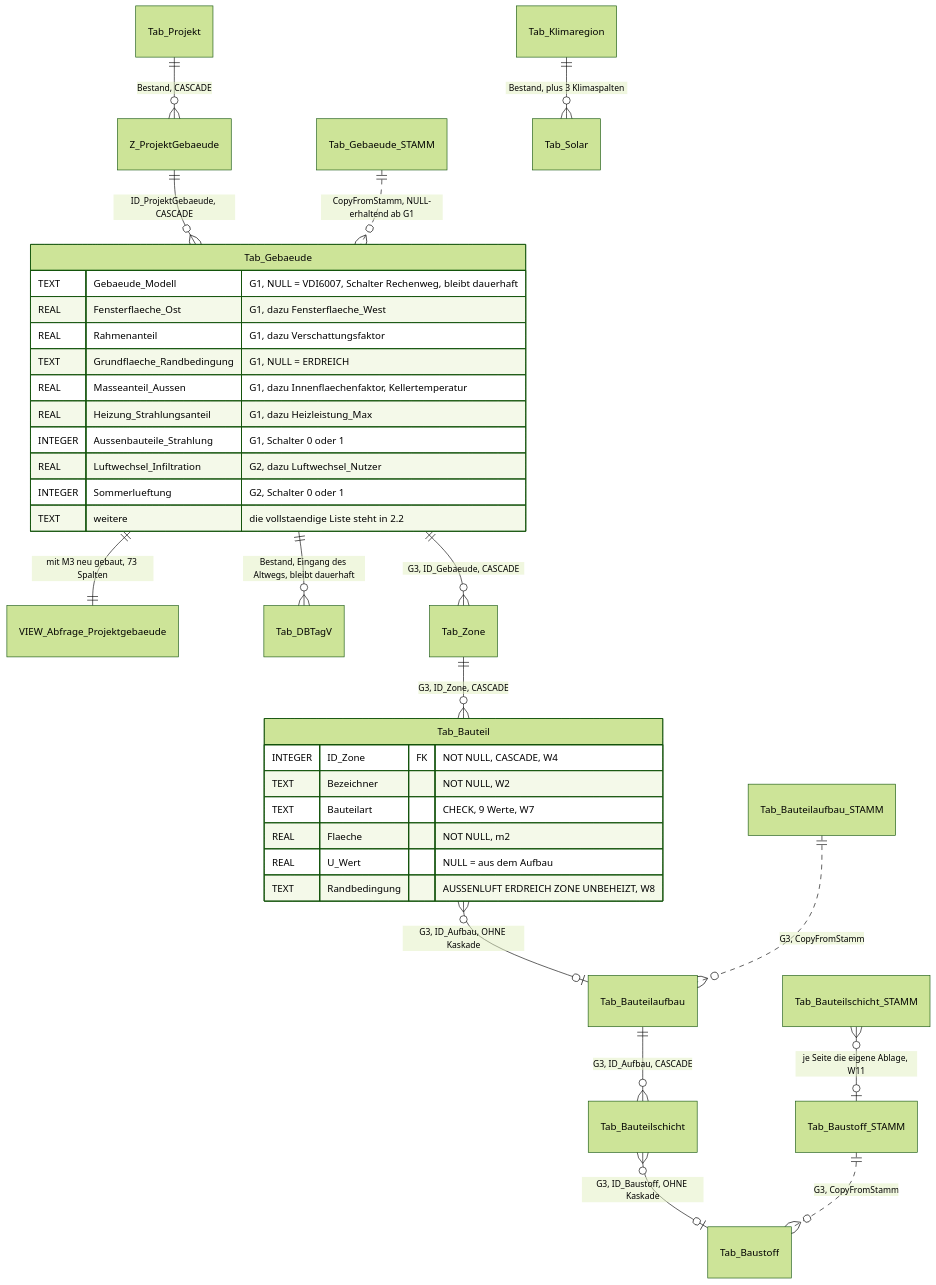
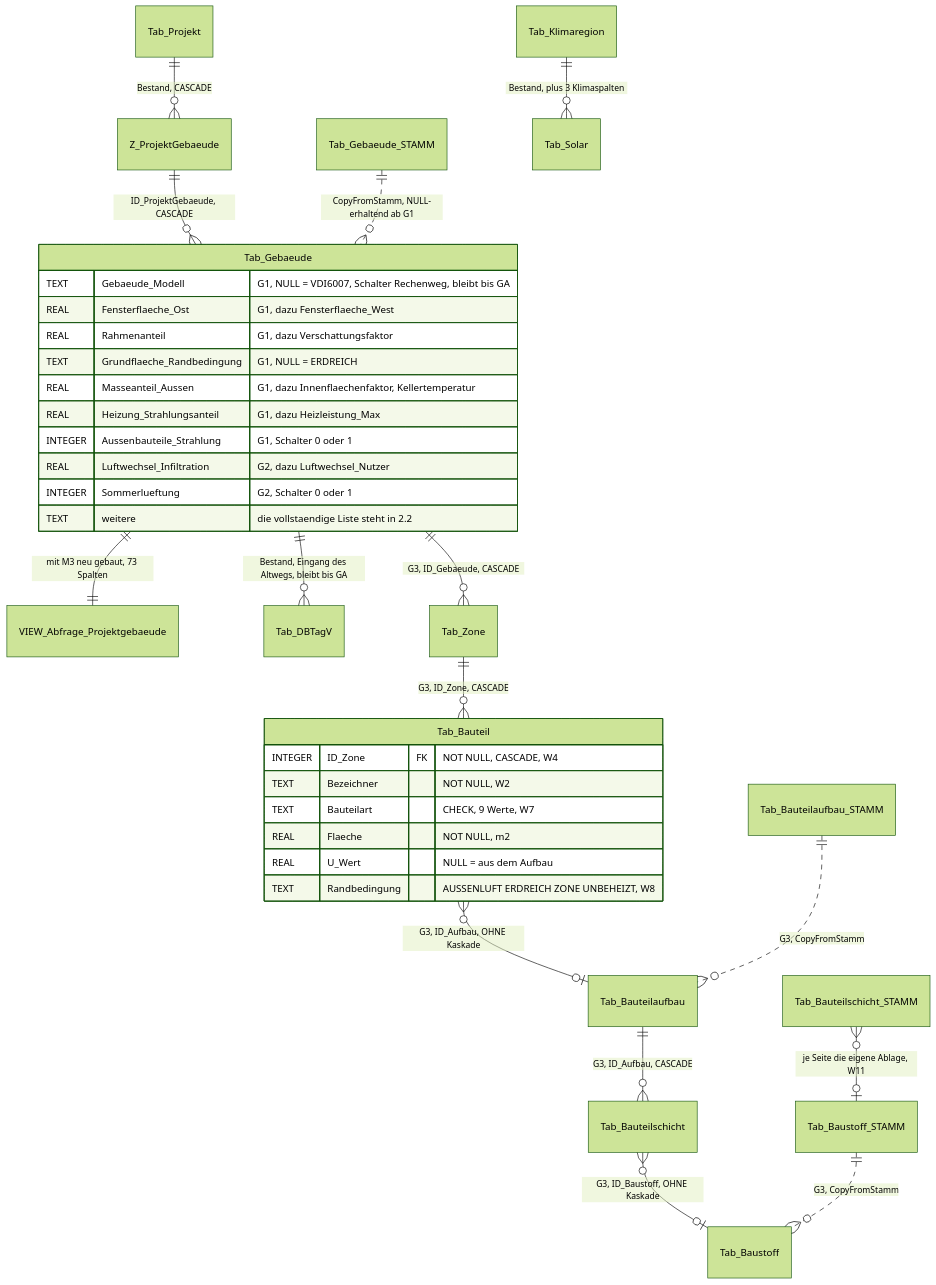
Before and after one commit to inekon/EPOS-Plan: the fifth of 16 diagrams in Dokumentation/aktuell/Softwarearchitektur_Gebaeudesimulation_EPOS-Plan.md, drawn with Mermaid (forest theme). The commit also changed other lines of this file and 15 other files, not shown here.

````diff
--- a/Dokumentation/aktuell/Softwarearchitektur_Gebaeudesimulation_EPOS-Plan.md
+++ b/Dokumentation/aktuell/Softwarearchitektur_Gebaeudesimulation_EPOS-Plan.md
@@ -647,37 +723,37 @@
 ```mermaid
 erDiagram
     Tab_Projekt ||--o{ Z_ProjektGebaeude : "Bestand, CASCADE"
     Z_ProjektGebaeude ||--o{ Tab_Gebaeude : "ID_ProjektGebaeude, CASCADE"
     Tab_Gebaeude_STAMM ||..o{ Tab_Gebaeude : "CopyFromStamm, NULL-erhaltend ab G1"
     Tab_Gebaeude ||--|| VIEW_Abfrage_Projektgebaeude : "mit M3 neu gebaut, 73 Spalten"
-    Tab_Gebaeude ||--o{ Tab_DBTagV : "Bestand, Eingang des Altwegs, bleibt dauerhaft"
+    Tab_Gebaeude ||--o{ Tab_DBTagV : "Bestand, Eingang des Altwegs, bleibt bis GA"
     Tab_Klimaregion ||--o{ Tab_Solar : "Bestand, plus 3 Klimaspalten"
     Tab_Gebaeude ||--o{ Tab_Zone : "G3, ID_Gebaeude, CASCADE"
     Tab_Zone ||--o{ Tab_Bauteil : "G3, ID_Zone, CASCADE"
     Tab_Bauteil }o--o| Tab_Bauteilaufbau : "G3, ID_Aufbau, OHNE Kaskade"
     Tab_Bauteilaufbau ||--o{ Tab_Bauteilschicht : "G3, ID_Aufbau, CASCADE"
     Tab_Bauteilschicht }o--o| Tab_Baustoff : "G3, ID_Baustoff, OHNE Kaskade"
     Tab_Baustoff_STAMM ||..o{ Tab_Baustoff : "G3, CopyFromStamm"
     Tab_Bauteilaufbau_STAMM ||..o{ Tab_Bauteilaufbau : "G3, CopyFromStamm"
     Tab_Bauteilschicht_STAMM }o--o| Tab_Baustoff_STAMM : "je Seite die eigene Ablage, W11"
     Tab_Gebaeude {
-        TEXT Gebaeude_Modell "G1, NULL = VDI6007, Schalter Rechenweg, bleibt dauerhaft"
+        TEXT Gebaeude_Modell "G1, NULL = VDI6007, Schalter Rechenweg, bleibt bis GA"
         REAL Fensterflaeche_Ost "G1, dazu Fensterflaeche_West"
         REAL Rahmenanteil "G1, dazu Verschattungsfaktor"
         TEXT Grundflaeche_Randbedingung "G1, NULL = ERDREICH"
         REAL Masseanteil_Aussen "G1, dazu Innenflaechenfaktor, Kellertemperatur"
         REAL Heizung_Strahlungsanteil "G1, dazu Heizleistung_Max"
         INTEGER Aussenbauteile_Strahlung "G1, Schalter 0 oder 1"
         REAL Luftwechsel_Infiltration "G2, dazu Luftwechsel_Nutzer"
         INTEGER Sommerlueftung "G2, Schalter 0 oder 1"
         TEXT weitere "die vollstaendige Liste steht in 2.2"
     }
     Tab_Bauteil {
         INTEGER ID_Zone FK "NOT NULL, CASCADE, W4"
         TEXT Bezeichner "NOT NULL, W2"
         TEXT Bauteilart "CHECK, 9 Werte, W7"
         REAL Flaeche "NOT NULL, m2"
         REAL U_Wert "NULL = aus dem Aufbau"
         TEXT Randbedingung "AUSSENLUFT ERDREICH ZONE UNBEHEIZT, W8"
     }
 ```
````
